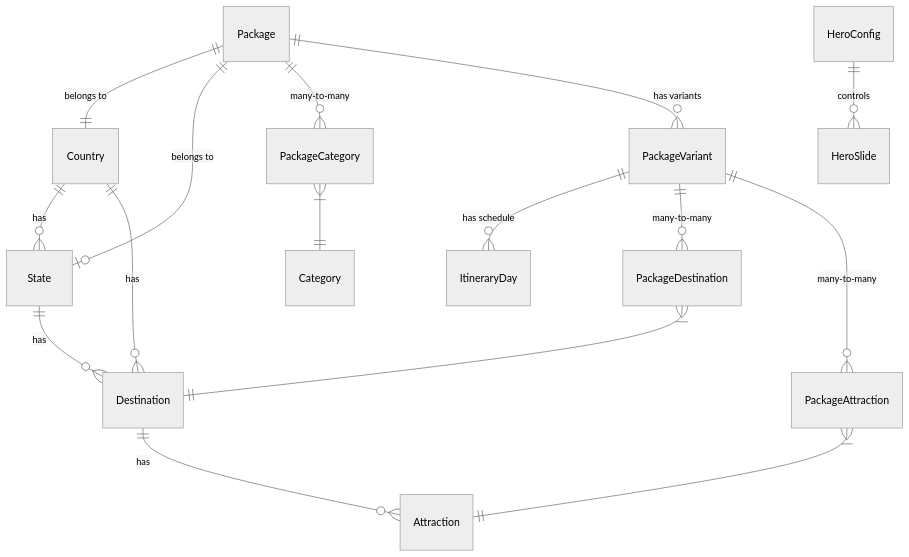
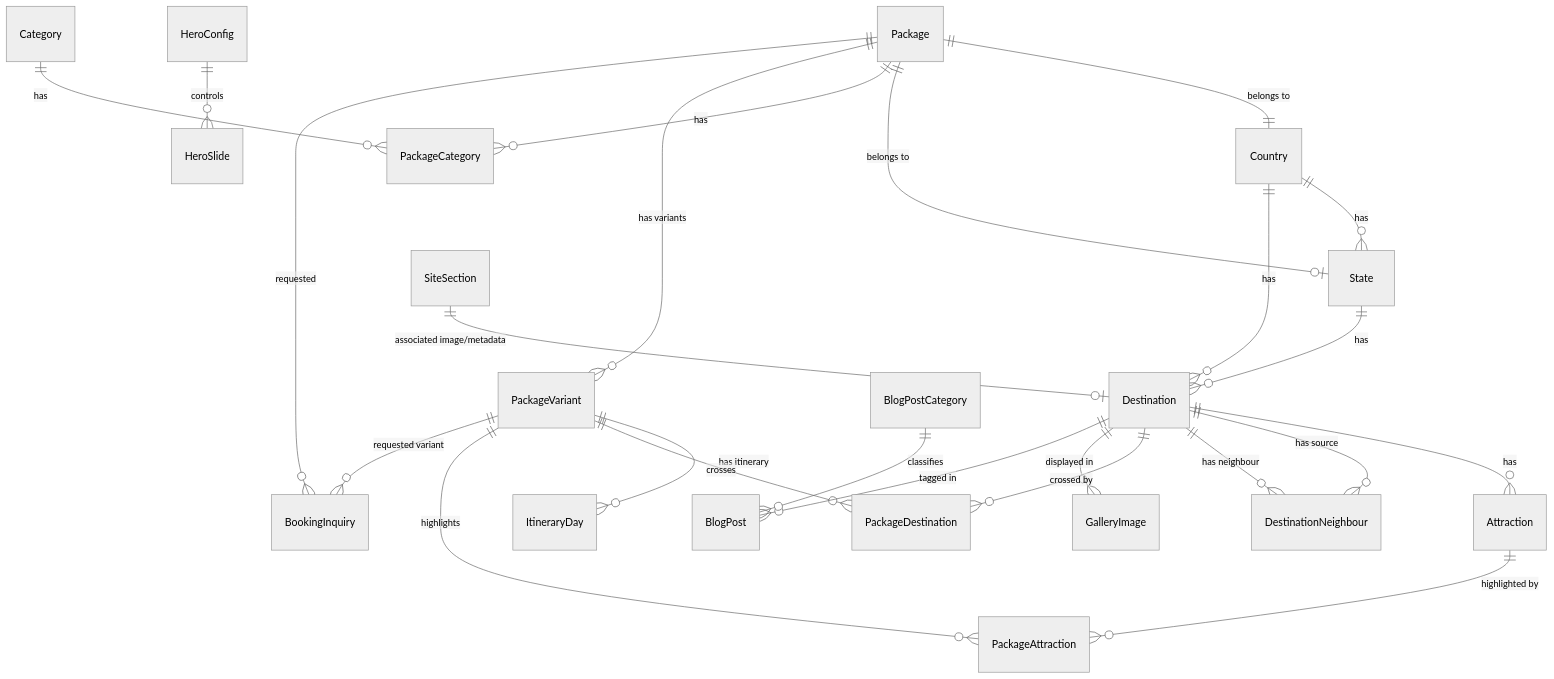
The diagram in prisma/SCHEMA.md (tourtravelsmotherindia/motherindiatourtravels), drawn with Mermaid (neutral theme) before and after one commit. The commit also changed other lines of this file and 6 other files, not shown here.

````diff
--- a/prisma/SCHEMA.md
+++ b/prisma/SCHEMA.md
@@ -9,22 +9,33 @@
 ```mermaid
 erDiagram
+    %% Geography Module
     Country ||--o{ State : "has"
     Country ||--o{ Destination : "has"
     State ||--o{ Destination : "has"
     Destination ||--o{ Attraction : "has"
+    Destination ||--o{ DestinationNeighbour : "has source"
+    Destination ||--o{ DestinationNeighbour : "has neighbour"
 
+    %% Packages Module
     Package ||--|| Country : "belongs to"
     Package ||--o| State : "belongs to"
-    Package ||--o{ PackageCategory : "many-to-many"
-    PackageCategory }|--|| Category : ""
+    Package ||--o{ PackageCategory : "has"
+    Category ||--o{ PackageCategory : "has"
+    Package ||--o{ PackageVariant : "has variants"
+    PackageVariant ||--o{ ItineraryDay : "has itinerary"
+    PackageVariant ||--o{ PackageDestination : "crosses"
+    PackageVariant ||--o{ PackageAttraction : "highlights"
+    Destination ||--o{ PackageDestination : "crossed by"
+    Attraction ||--o{ PackageAttraction : "highlighted by"
 
-    Package ||--o{ PackageVariant : "has variants"
-    PackageVariant ||--o{ ItineraryDay : "has schedule"
-    PackageVariant ||--o{ PackageDestination : "many-to-many"
-    PackageVariant ||--o{ PackageAttraction : "many-to-many"
+    %% CMS Module
+    HeroConfig ||--o{ HeroSlide : "controls"
+    SiteSection ||--o| Destination : "associated image/metadata"
+    Destination ||--o{ GalleryImage : "displayed in"
+    Destination ||--o{ BlogPost : "tagged in"
+    BlogPostCategory ||--o{ BlogPost : "classifies"
 
-    PackageDestination }|--|| Destination : ""
-    PackageAttraction }|--|| Attraction : ""
-
-    HeroConfig ||--o{ HeroSlide : "controls"
+    %% Leads & Company Module
+    Package ||--o{ BookingInquiry : "requested"
+    PackageVariant ||--o{ BookingInquiry : "requested variant"
 ```
````
